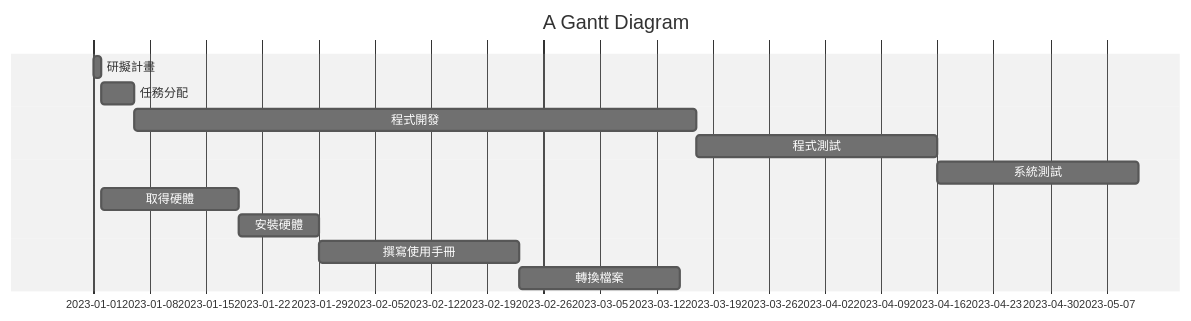
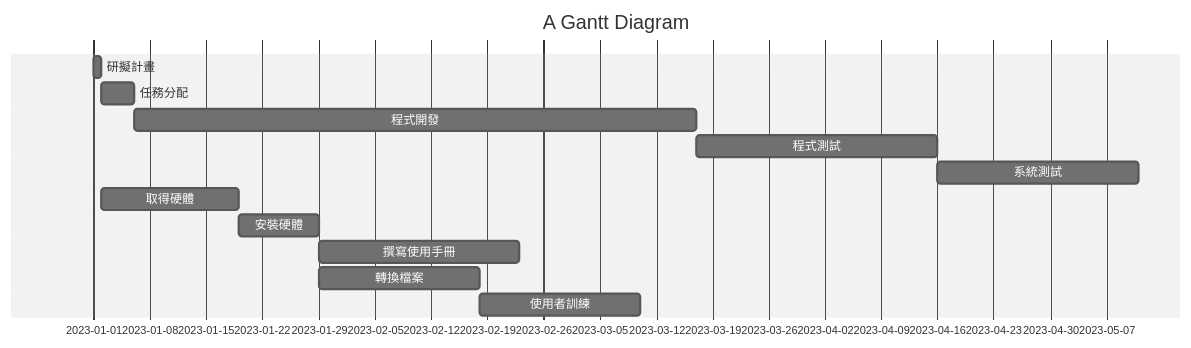
Before and after one commit to C110118109/23a: the diagram in hw2.md, drawn with Mermaid (neutral theme). The commit also changed other lines of this file, not shown here.

````diff
--- a/hw2.md
+++ b/hw2.md
@@ -2,19 +2,20 @@
 ```mermaid
 gantt
     title A Gantt Diagram
 
     
     研擬計畫	:a1,2023-01-01, 1d
     任務分配	:after a1  , 4d
     程式開發	:70d
     程式測試	:30d
     系統測試	:25d
 
 
     取得硬體	:a2,2023-01-02 , 17d
-    安裝硬體	:10d
-    撰寫使用手冊	:25d
-    轉換檔案	:20d
+    安裝硬體	:a3,2023-01-19,10d
+    撰寫使用手冊	:after a3,25d
+    轉換檔案	:after a3,20d
+    使用者訓練    :a4,2023-02-18,20d
 
     
 ```
````
